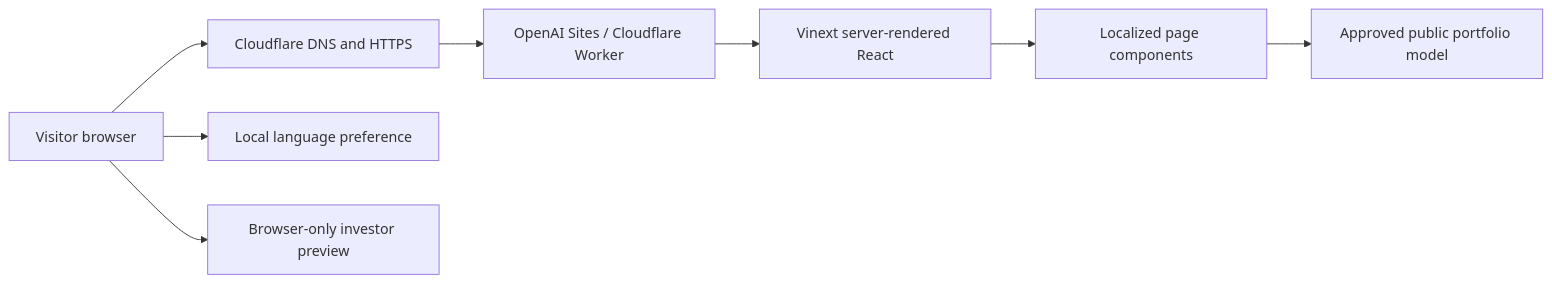
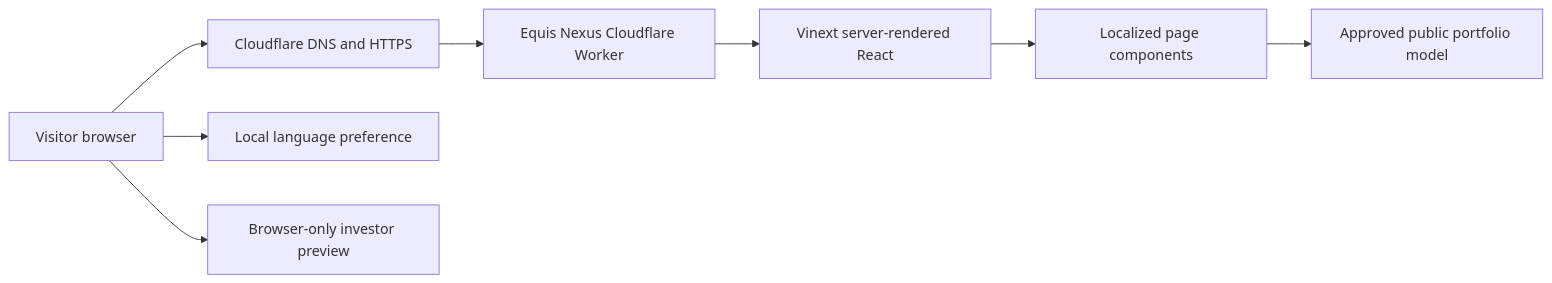
Before and after one commit to nilpost/equis-nexus-website: the diagram in README.md, drawn with Mermaid. The commit also changed other lines of this file and 15 other files, not shown here.

````diff
--- a/README.md
+++ b/README.md
@@ -69,10 +69,10 @@
 ```mermaid
 flowchart LR
     A["Visitor browser"] --> B["Cloudflare DNS and HTTPS"]
-    B --> C["OpenAI Sites / Cloudflare Worker"]
+    B --> C["Equis Nexus Cloudflare Worker"]
     C --> D["Vinext server-rendered React"]
     D --> E["Localized page components"]
     E --> F["Approved public portfolio model"]
     A --> G["Local language preference"]
     A --> H["Browser-only investor preview"]
 ```
````
